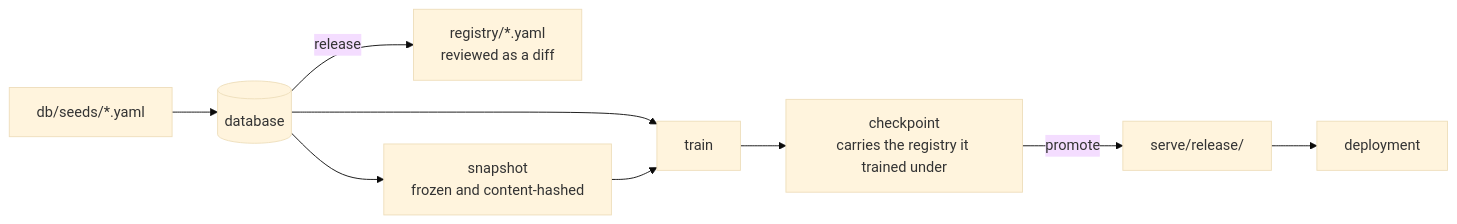
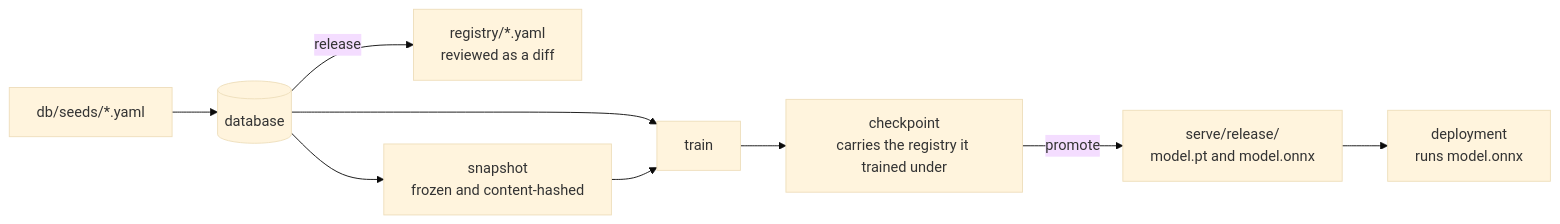
One commit to eirasroger/context-adaptive-product-recommender changed the second of 2 diagrams in README.md. Above: the diagram before and after it, drawn with Mermaid (base theme). The commit also changed other lines of this file and 25 other files, not shown here.

Commit message:
Serve the model through ONNX Runtime

````diff
--- a/README.md
+++ b/README.md
@@ -303,11 +303,11 @@
 ```mermaid
 flowchart LR
   SEEDS["db/seeds/*.yaml"] --> DB[("database")]
   DB -->|release| MIRROR["registry/*.yaml<br/>reviewed as a diff"]
   DB --> SNAP["snapshot<br/>frozen and content-hashed"]
   DB --> TRAIN["train"]
   SNAP --> TRAIN
   TRAIN --> CK["checkpoint<br/>carries the registry it trained under"]
-  CK -->|promote| REL["serve/release/"]
-  REL --> DEP["deployment"]
+  CK -->|promote| REL["serve/release/<br/>model.pt and model.onnx"]
+  REL --> DEP["deployment<br/>runs model.onnx"]
 ```
````
